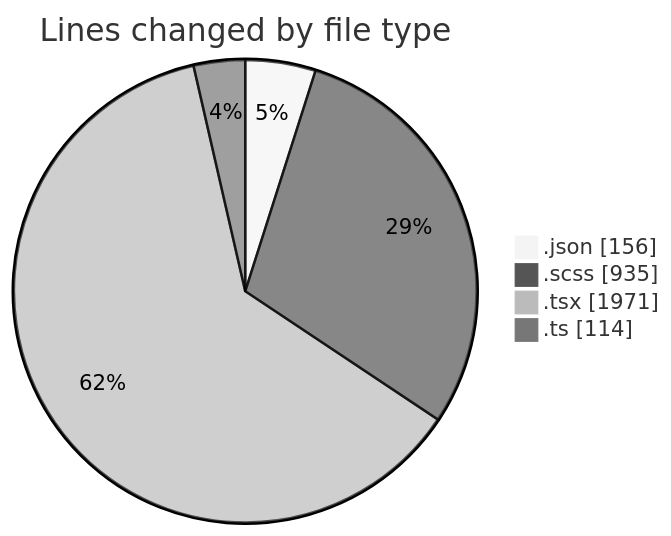
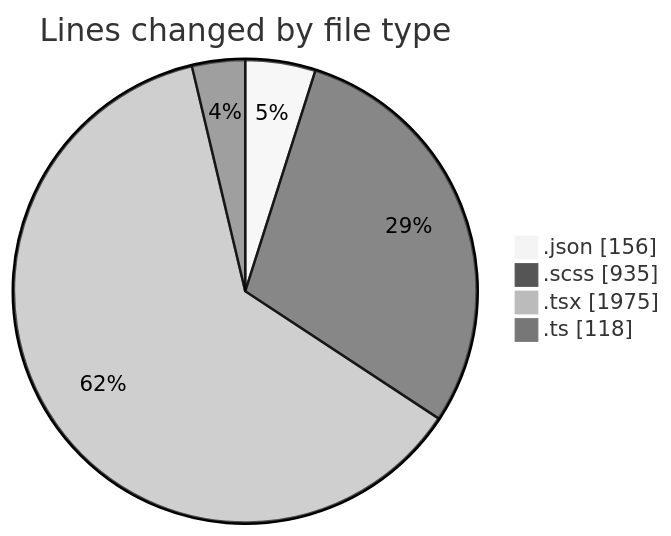
One commit to momahboobian/code-tracking changed the first of 2 diagrams in 2026-02-17/cda/README.md. Above: the diagram before and after it, drawn with Mermaid (neutral theme). The commit also changed other lines of this file and 1 other file, not shown here.

````diff
--- a/2026-02-17/cda/README.md
+++ b/2026-02-17/cda/README.md
@@ -30,8 +30,8 @@
 ```mermaid
 pie showData
 title Lines changed by file type
 ".json" : 156
 ".scss" : 935
-".tsx" : 1971
-".ts" : 114
+".tsx" : 1975
+".ts" : 118
 ```
````
